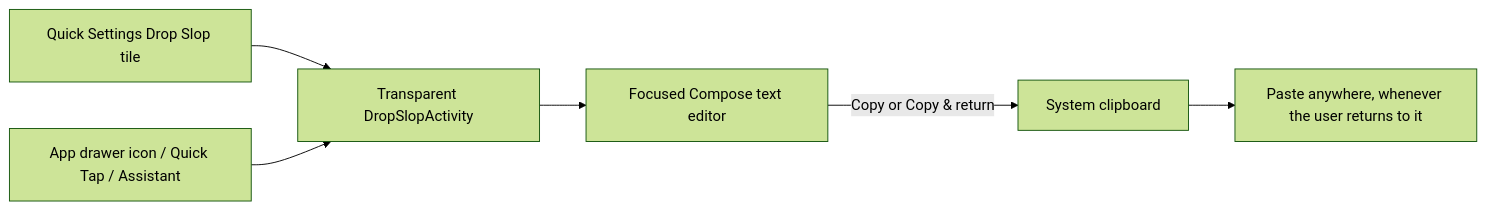
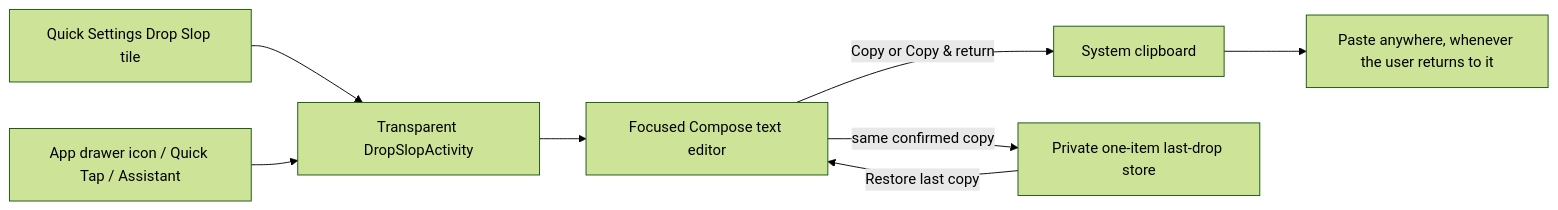
The diagram in context/MAP.md (eggmasonvalue/slopstack), drawn with Mermaid (forest theme) before and after one commit. The commit also changed other lines of this file and 6 other files, not shown here.

Commit message:
Retain last copied text to not get bottlenecked by gboard's one hour limit on clipboard history. (#4)

````diff
--- a/context/MAP.md
+++ b/context/MAP.md
@@ -23,8 +23,10 @@
 ```mermaid
 flowchart LR
   QS[Quick Settings Drop Slop tile] --> Activity[Transparent DropSlopActivity]
   Launcher[App drawer icon / Quick Tap / Assistant] --> Activity
   Activity --> Editor[Focused Compose text editor]
   Editor -->|Copy or Copy & return| Clipboard[System clipboard]
+  Editor -->|same confirmed copy| LastDrop[Private one-item last-drop store]
+  LastDrop -->|Restore last copy| Editor
   Clipboard --> Paste[Paste anywhere, whenever the user returns to it]
 ```
````
